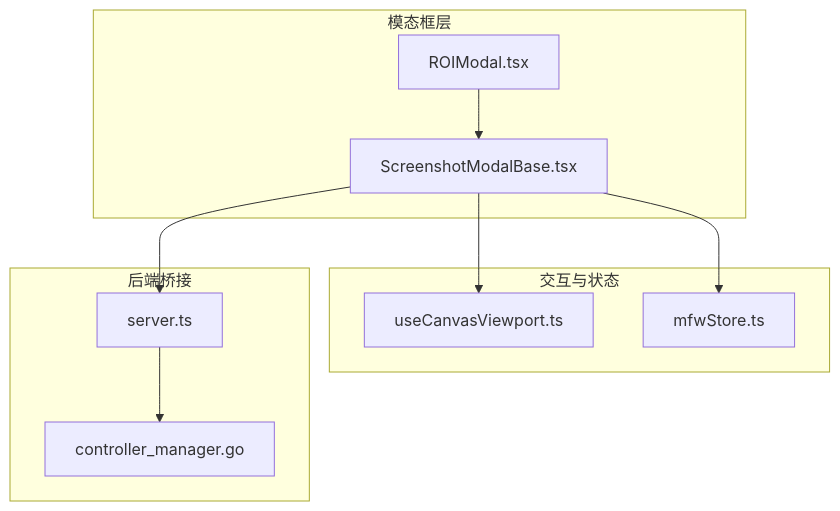
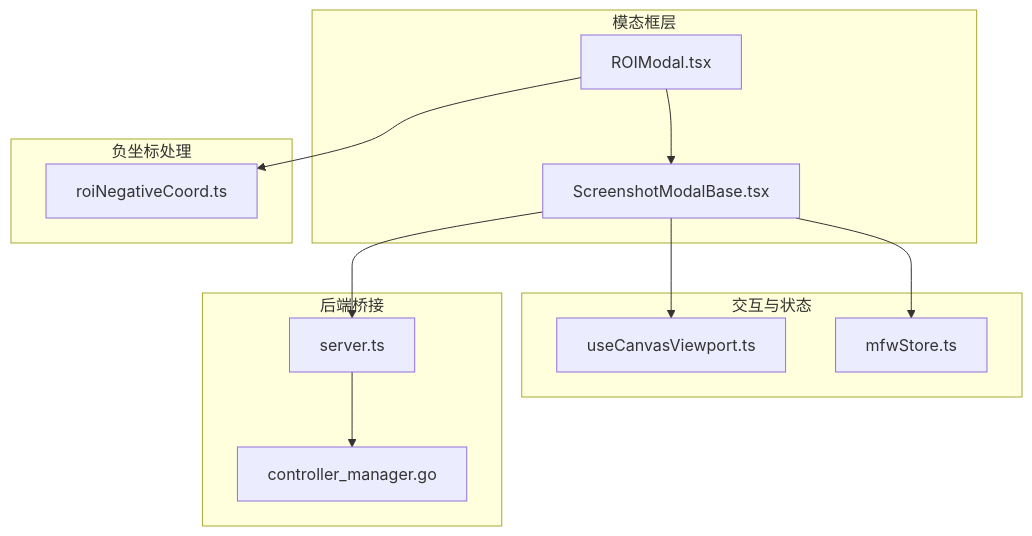
One commit to kqcoxn/MaaPipelineEditor changed the first of 6 diagrams in .qoder/repowiki/zh/content/核心概念/区域选择模态框.md. Above: the diagram before and after it, drawn with Mermaid. The commit also changed other lines of this file and 9 other files, not shown here.

````diff
--- a/.qoder/repowiki/zh/content/核心概念/区域选择模态框.md
+++ b/.qoder/repowiki/zh/content/核心概念/区域选择模态框.md
@@ -36,20 +49,24 @@
 ```mermaid
 graph TB
 subgraph "模态框层"
 Base["ScreenshotModalBase.tsx"]
 ROI["ROIModal.tsx"]
 end
 subgraph "交互与状态"
 Hook["useCanvasViewport.ts"]
 Store["mfwStore.ts"]
 end
 subgraph "后端桥接"
 WS["server.ts"]
 CtrlMgr["controller_manager.go"]
 end
+subgraph "负坐标处理"
+Utils["roiNegativeCoord.ts"]
+end
 ROI --> Base
+ROI --> Utils
 Base --> Hook
 Base --> Store
 Base --> WS
 WS --> CtrlMgr
 ```
````
